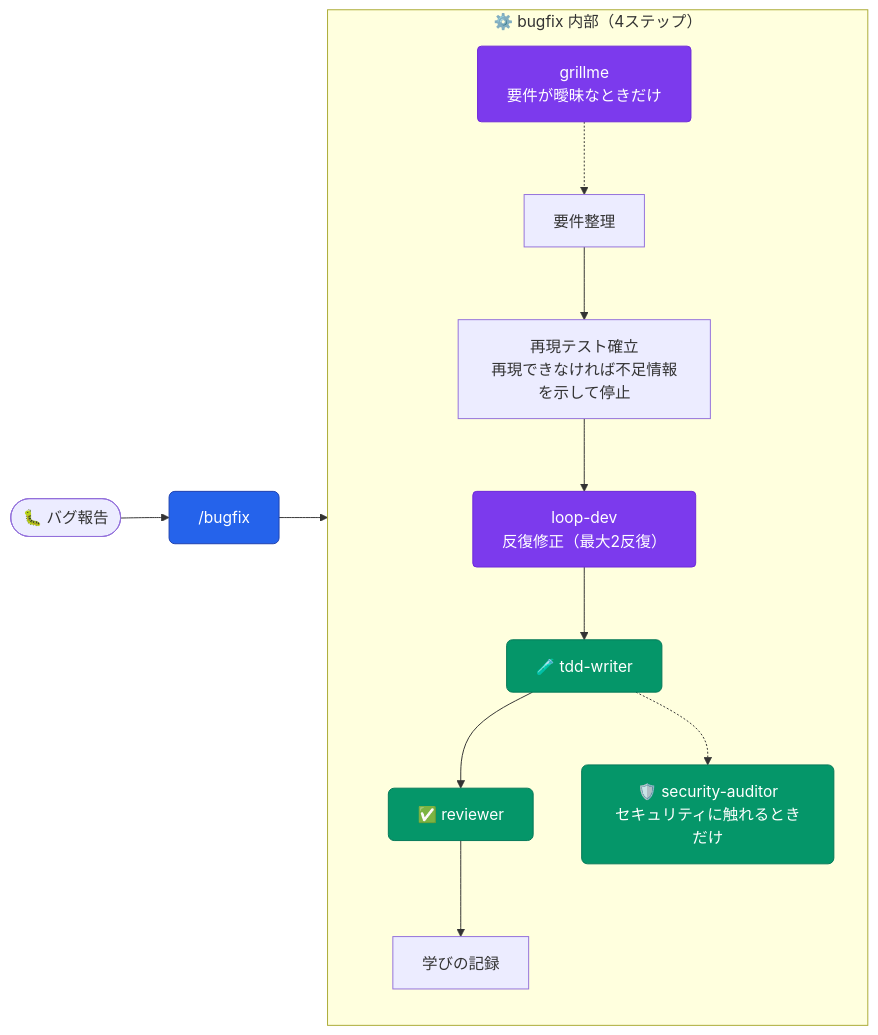
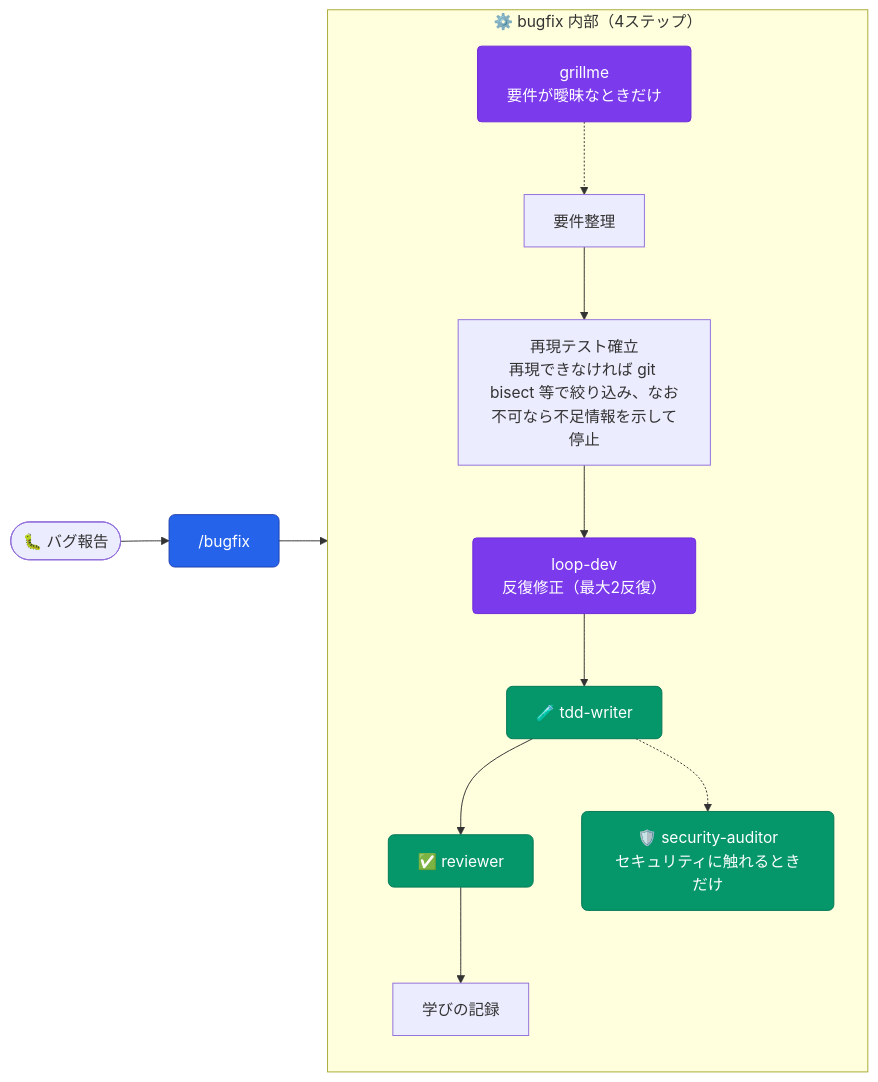
One commit to aokumablue/claq changed the second of 20 diagrams in README.md. Above: the diagram before and after it, drawn with Mermaid. The commit also changed 1 other file, not shown here.

Commit message:
feat(bugfix): 再現できないときは履歴とログで原因の変更を絞り込んでから止める

````diff
--- a/README.md
+++ b/README.md
@@ -220,21 +220,21 @@
 ```mermaid
 flowchart LR
   classDef cmd    fill:#2563eb,stroke:#1e40af,color:#fff,rx:6
   classDef agent  fill:#059669,stroke:#047857,color:#fff,rx:6
   classDef skill  fill:#7c3aed,stroke:#6d28d9,color:#fff,rx:4
 
   U(["🐛 バグ報告"]) --> CB["/bugfix"]:::cmd
 
   subgraph bugfix["⚙️ bugfix 内部（4ステップ）"]
     direction TB
     SG["grillme<br/>要件が曖昧なときだけ"]:::skill -.-> REQ
-    REQ["要件整理"] --> REPRO["再現テスト確立<br/>再現できなければ不足情報を示して停止"]
+    REQ["要件整理"] --> REPRO["再現テスト確立<br/>再現できなければ git bisect 等で絞り込み、なお不可なら不足情報を示して停止"]
     REPRO --> ST["loop-dev<br/>反復修正（最大2反復）"]:::skill
     ST --> AT["🧪 tdd-writer"]:::agent
     AT --> AR["✅ reviewer"]:::agent
     AT -.-> ASEC["🛡️ security-auditor<br/>セキュリティに触れるときだけ"]:::agent
     AR --> LEARN["学びの記録"]
   end
 
   CB --> bugfix
 ```
````
